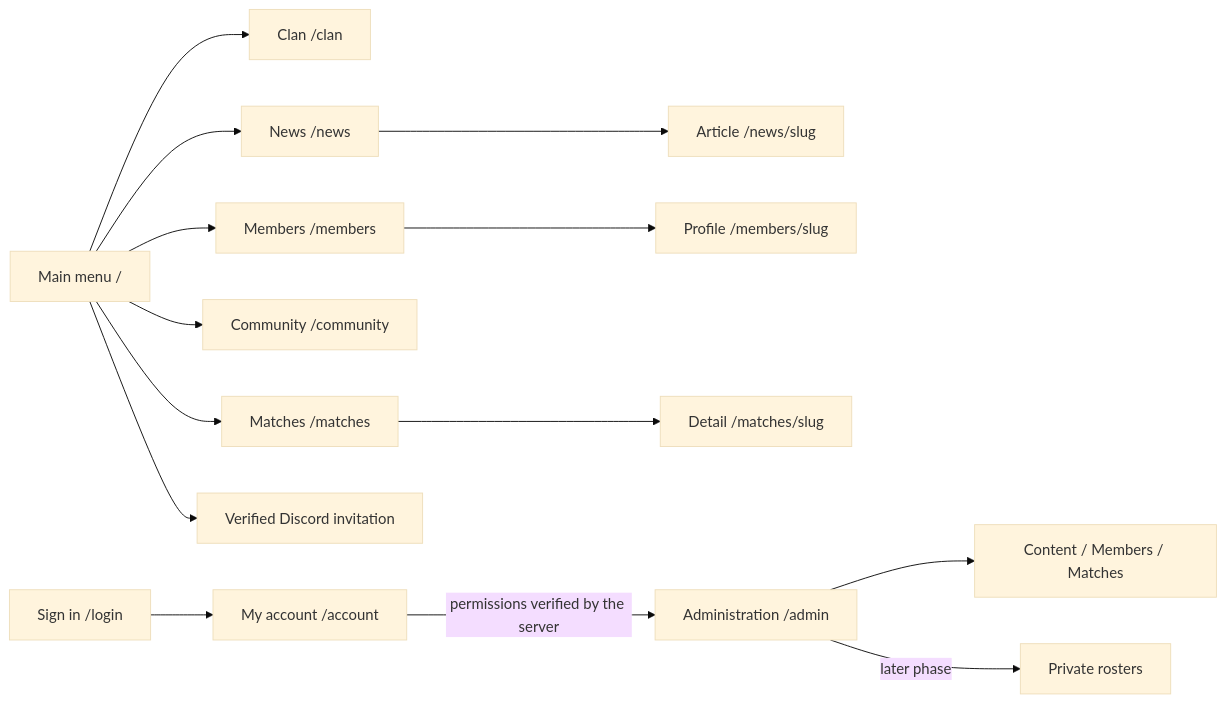
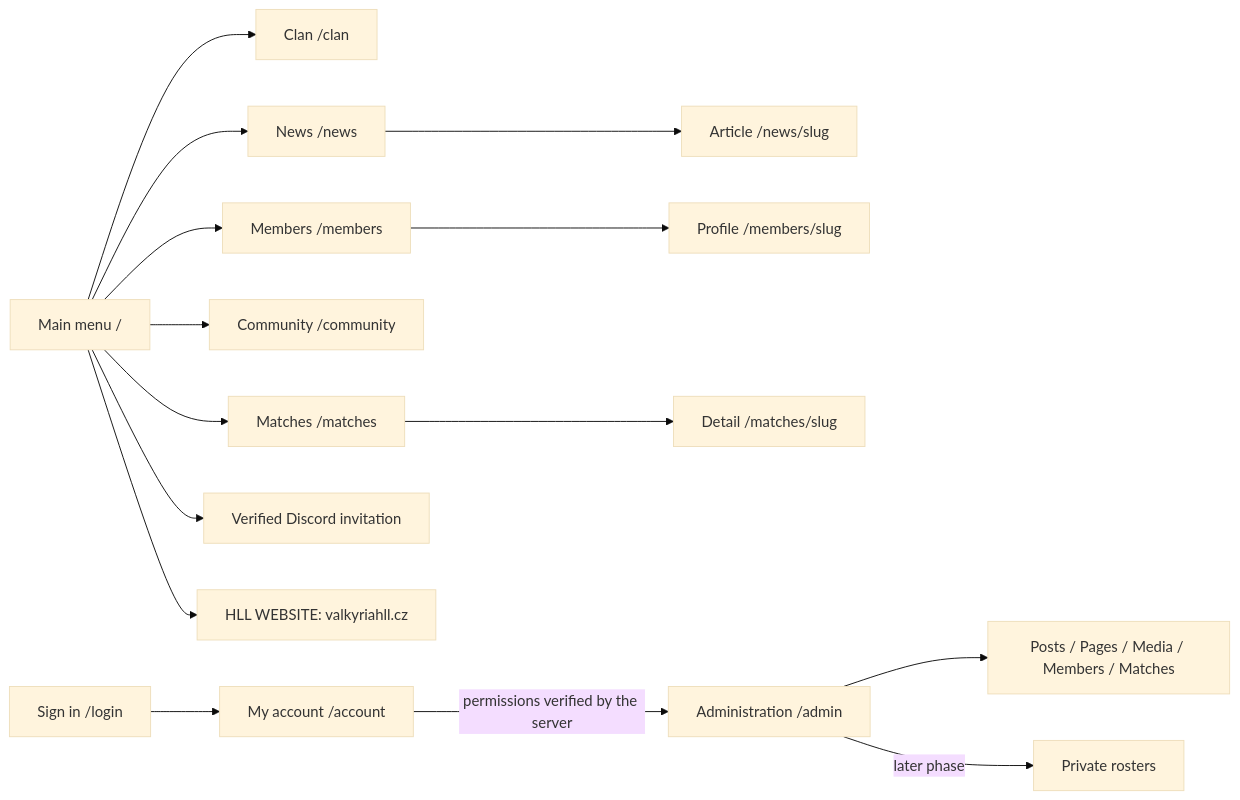
One commit to ValkyriaWDG/www changed the diagram in docs/design/screen-map.md. Above: the diagram before and after it, drawn with Mermaid (base theme). The commit also changed other lines of this file and 18 other files, not shown here.

````diff
--- a/docs/design/screen-map.md
+++ b/docs/design/screen-map.md
@@ -37,16 +42,17 @@
 ```mermaid
 flowchart LR
     Home["Main menu /"] --> Clan["Clan /clan"]
     Home --> Members["Members /members"]
     Home --> Matches["Matches /matches"]
     Home --> Community["Community /community"]
     Home --> News["News /news"]
     News --> Article["Article /news/slug"]
     Home --> Discord["Verified Discord invitation"]
+    Home --> HLL["HLL WEBSITE: valkyriahll.cz"]
     Members --> Member["Profile /members/slug"]
     Matches --> Match["Detail /matches/slug"]
     Login["Sign in /login"] --> Account["My account /account"]
     Account -->|"permissions verified by the server"| Admin["Administration /admin"]
-    Admin --> Content["Content / Members / Matches"]
+    Admin --> Content["Posts / Pages / Media / Members / Matches"]
     Admin -->|"later phase"| Lineup["Private rosters"]
 ```
````
